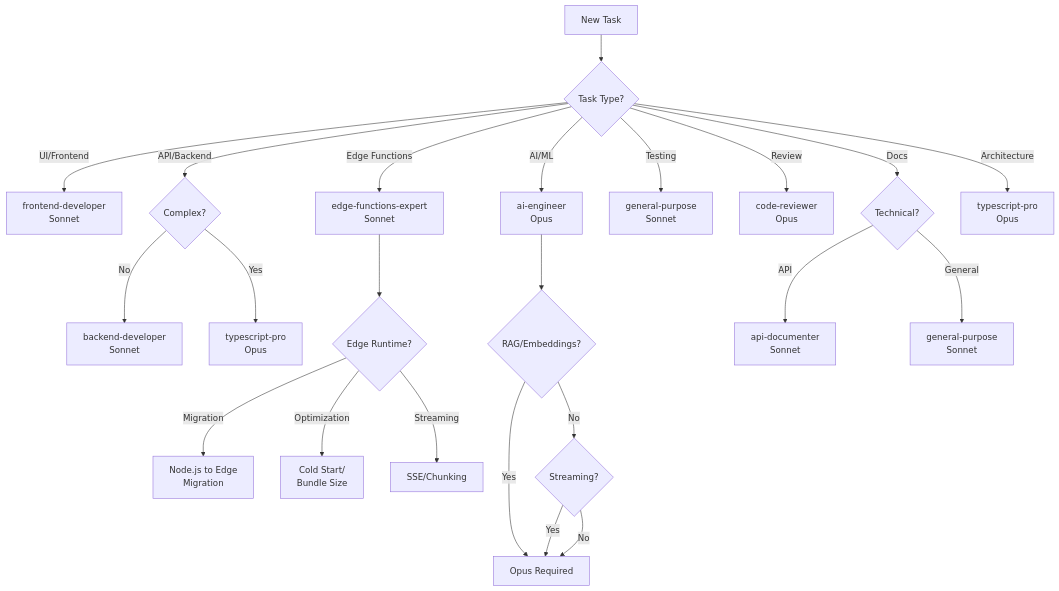
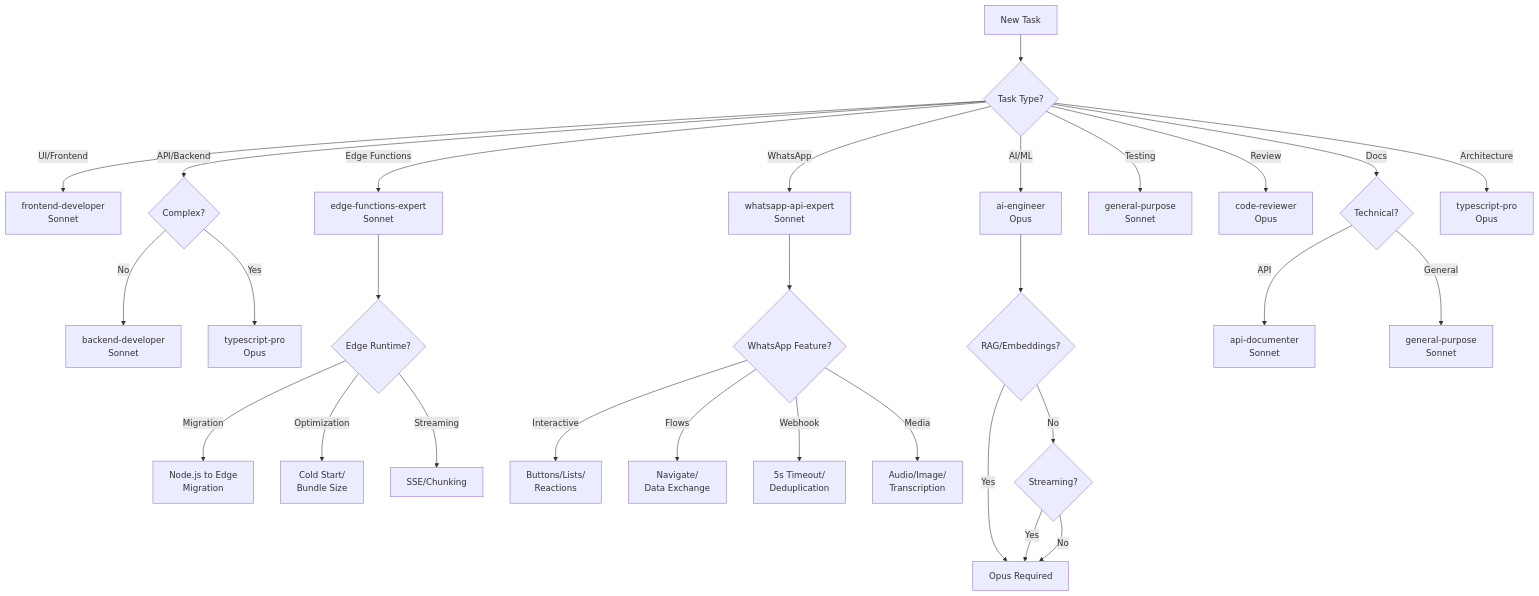
The diagram in .claude/agents/delegation-matrix.md (neeroai/migue.ai), drawn with Mermaid before and after one commit. The commit also changed other lines of this file and 3 other files, not shown here.

````diff
--- a/.claude/agents/delegation-matrix.md
+++ b/.claude/agents/delegation-matrix.md
@@ -295,30 +316,37 @@
 ```mermaid
 graph TD
     A[New Task] --> B{Task Type?}
 
     B -->|UI/Frontend| C[frontend-developer<br/>Sonnet]
     B -->|API/Backend| D{Complex?}
     B -->|Edge Functions| E1[edge-functions-expert<br/>Sonnet]
+    B -->|WhatsApp| W1[whatsapp-api-expert<br/>Sonnet]
     B -->|AI/ML| E[ai-engineer<br/>Opus]
     B -->|Testing| F[general-purpose<br/>Sonnet]
     B -->|Review| G[code-reviewer<br/>Opus]
     B -->|Docs| H{Technical?}
     B -->|Architecture| I[typescript-pro<br/>Opus]
 
     D -->|No| J[backend-developer<br/>Sonnet]
     D -->|Yes| K[typescript-pro<br/>Opus]
 
     H -->|API| L[api-documenter<br/>Sonnet]
     H -->|General| M[general-purpose<br/>Sonnet]
 
     E --> N{RAG/Embeddings?}
     N -->|Yes| O[Opus Required]
     N -->|No| P{Streaming?}
     P -->|Yes| O
     P -->|No| O
 
     E1 --> Q{Edge Runtime?}
     Q -->|Migration| R[Node.js to Edge<br/>Migration]
     Q -->|Optimization| S[Cold Start/<br/>Bundle Size]
     Q -->|Streaming| T[SSE/Chunking]
+
+    W1 --> U{WhatsApp Feature?}
+    U -->|Interactive| V[Buttons/Lists/<br/>Reactions]
+    U -->|Flows| X[Navigate/<br/>Data Exchange]
+    U -->|Webhook| Y[5s Timeout/<br/>Deduplication]
+    U -->|Media| Z[Audio/Image/<br/>Transcription]
 ```
````
